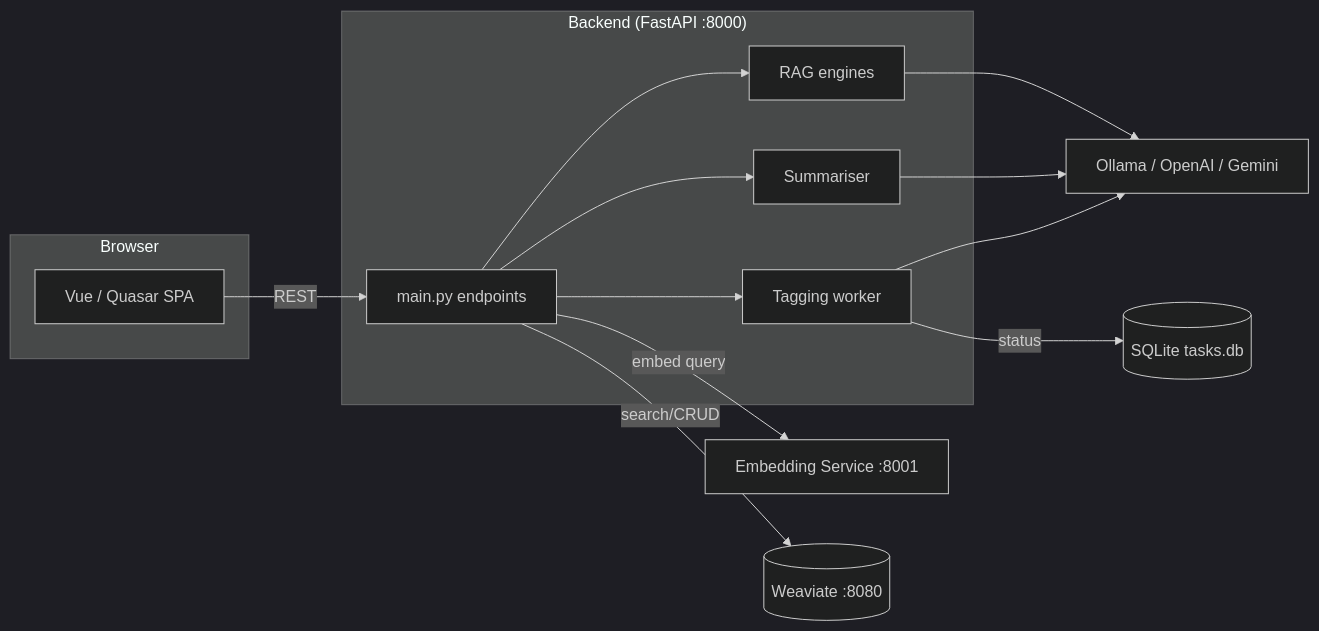
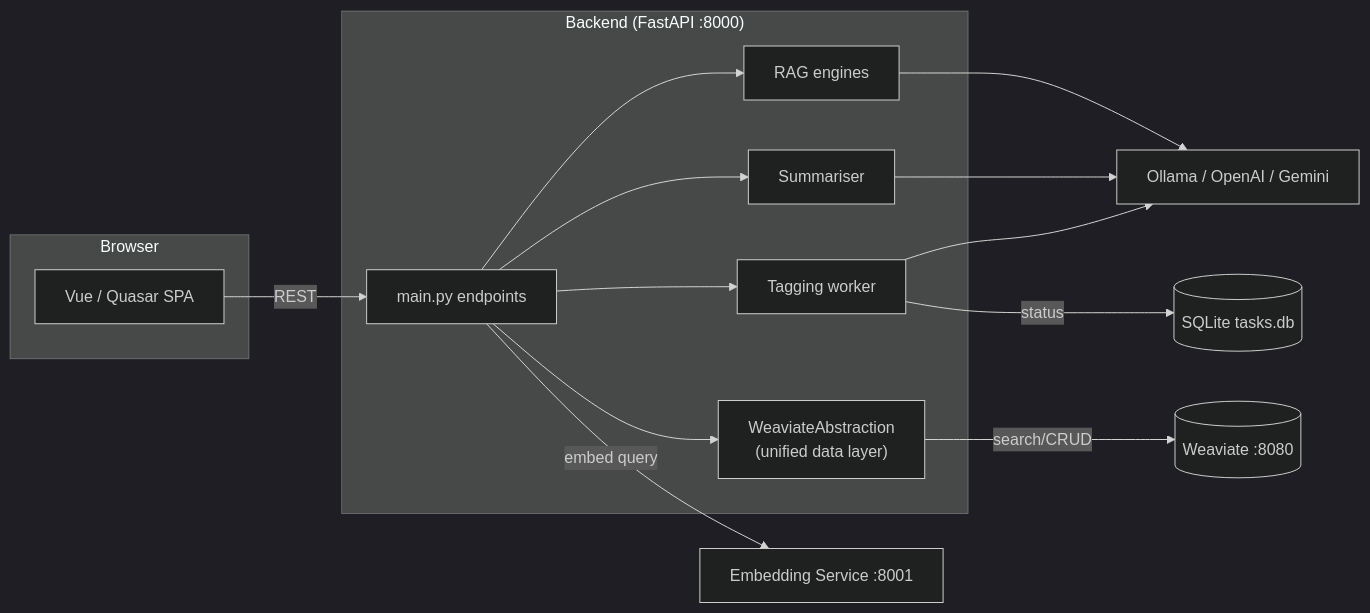
One commit to DCGM/semant-demo changed the diagram in README.md. Above: the diagram before and after it, drawn with Mermaid (dark theme). The commit also changed other lines of this file, not shown here.

Commit message:
readme update with weaviate abstraction description

````diff
--- a/README.md
+++ b/README.md
@@ -70,29 +77,31 @@
 ```mermaid
 flowchart LR
     subgraph Browser
         FE[Vue / Quasar SPA]
     end
 
     subgraph Backend ["Backend (FastAPI :8000)"]
         API[main.py endpoints]
         RAG[RAG engines]
         SUM[Summariser]
         TAG[Tagging worker]
+        WA["WeaviateAbstraction<br/>(unified data layer)"]
     end
 
     EMB[Embedding Service :8001]
     WV[(Weaviate :8080)]
     SQL[(SQLite tasks.db)]
     LLM[Ollama / OpenAI / Gemini]
 
     FE -- REST --> API
     API --> RAG
     API --> SUM
     API --> TAG
     API -- embed query --> EMB
-    API -- search/CRUD --> WV
+    API --> WA
+    WA -- search/CRUD --> WV
     TAG -- status --> SQL
     RAG --> LLM
     SUM --> LLM
     TAG --> LLM
 ```
````
